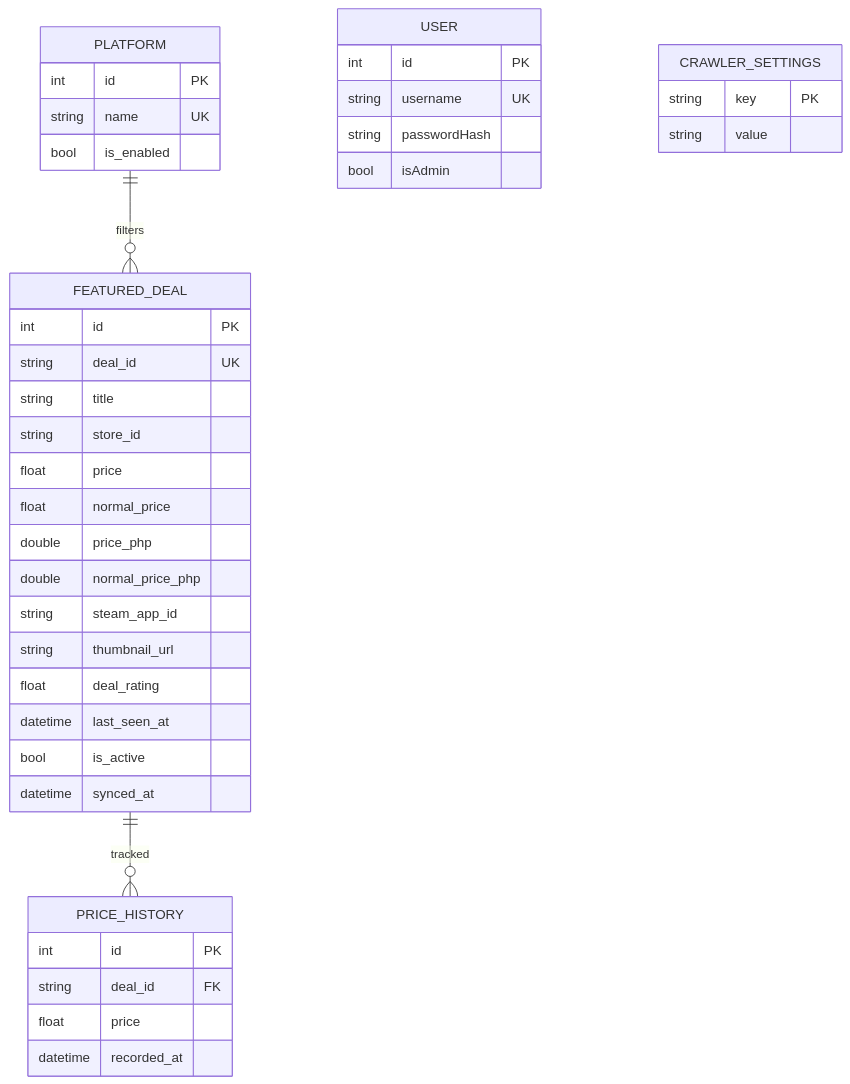
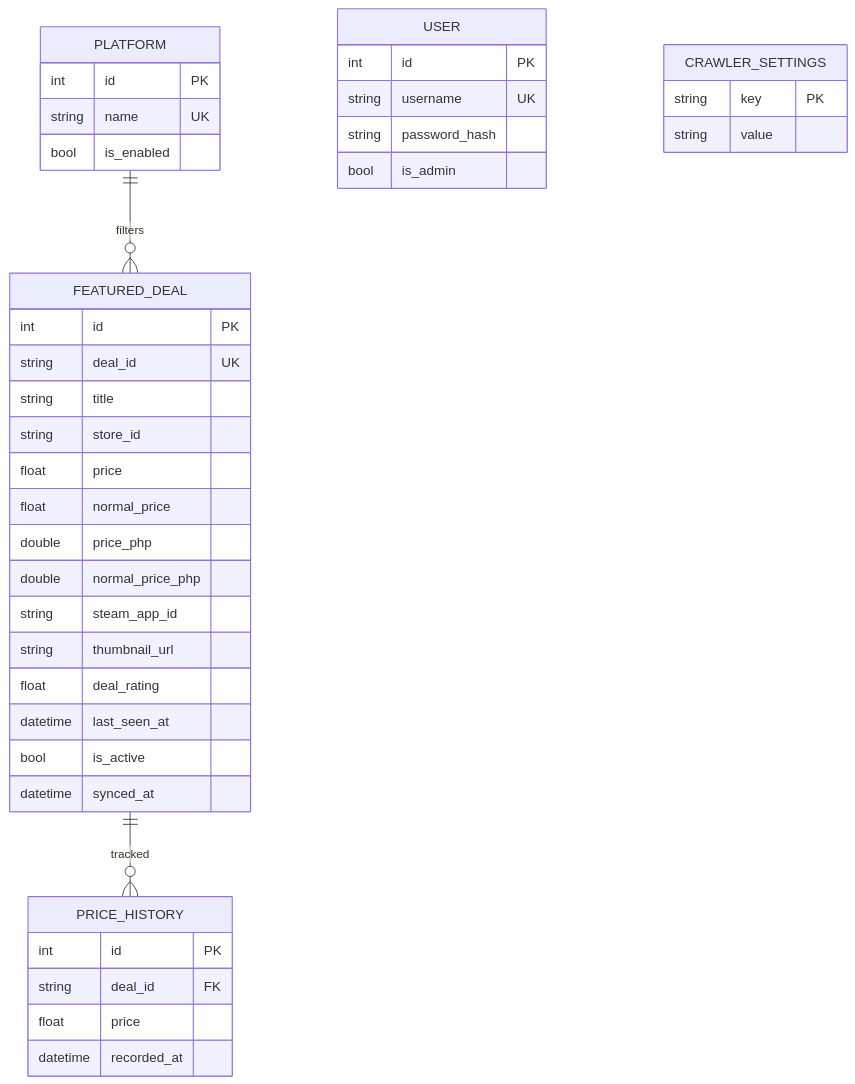
One commit to Asciente-rks/judgement-cut changed the second of 4 diagrams in README.md. Above: the diagram before and after it, drawn with Mermaid. The commit also changed other lines of this file and 1 other file, not shown here.

````diff
--- a/README.md
+++ b/README.md
@@ -129,43 +129,43 @@
 ```mermaid
 erDiagram
     FEATURED_DEAL ||--o{ PRICE_HISTORY : tracked
     PLATFORM ||--o{ FEATURED_DEAL : filters
 
     USER {
         int id PK
         string username UK
-        string passwordHash
-        bool isAdmin
+        string password_hash
+        bool is_admin
     }
     FEATURED_DEAL {
         int id PK
         string deal_id UK
         string title
         string store_id
         float price
         float normal_price
         double price_php
         double normal_price_php
         string steam_app_id
         string thumbnail_url
         float deal_rating
         datetime last_seen_at
         bool is_active
         datetime synced_at
     }
     PRICE_HISTORY {
         int id PK
         string deal_id FK
         float price
         datetime recorded_at
     }
     PLATFORM {
         int id PK
         string name UK
         bool is_enabled
     }
     CRAWLER_SETTINGS {
         string key PK
         string value
     }
 ```
````
